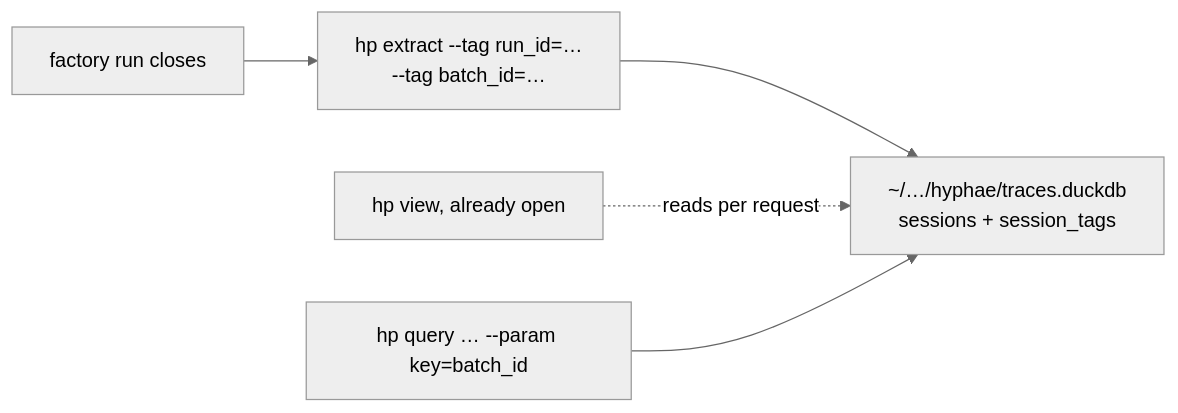
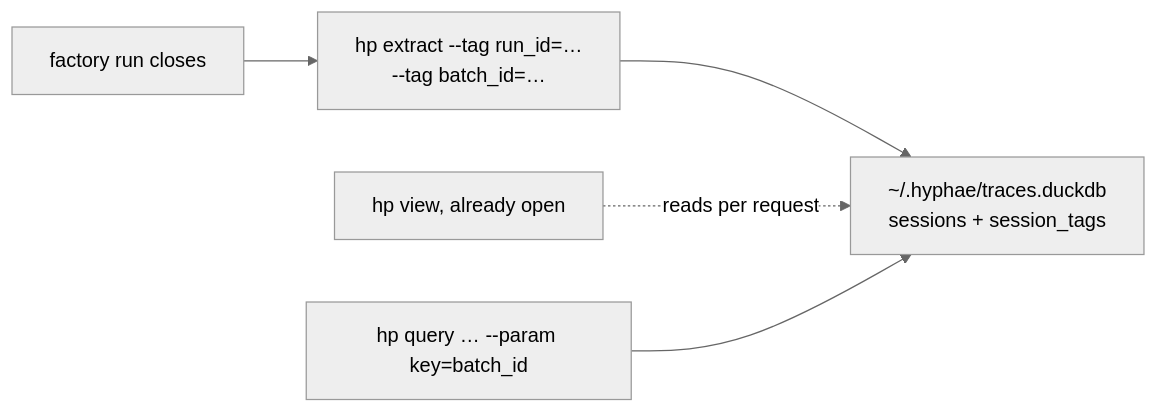
One commit to nathanielobrown/hyphae changed the diagram in plans/global-store/design.md. Above: the diagram before and after it, drawn with Mermaid (neutral theme). The commit also changed other lines of this file and 6 other files, not shown here.

First line of the commit message:
🧹 Keeps the default store in ~/.hyphae, where a person looks

````diff
--- a/plans/global-store/design.md
+++ b/plans/global-store/design.md
@@ -25,7 +25,7 @@
 ```mermaid
 flowchart LR
     factory["factory run closes"] --> extract["hp extract --tag run_id=…<br>--tag batch_id=…"]
-    extract --> store["~/…/hyphae/traces.duckdb<br>sessions + session_tags"]
+    extract --> store["~/.hyphae/traces.duckdb<br>sessions + session_tags"]
     viewer["hp view, already open"] -. reads per request .-> store
     query["hp query … --param key=batch_id"] --> store
 ```
````
